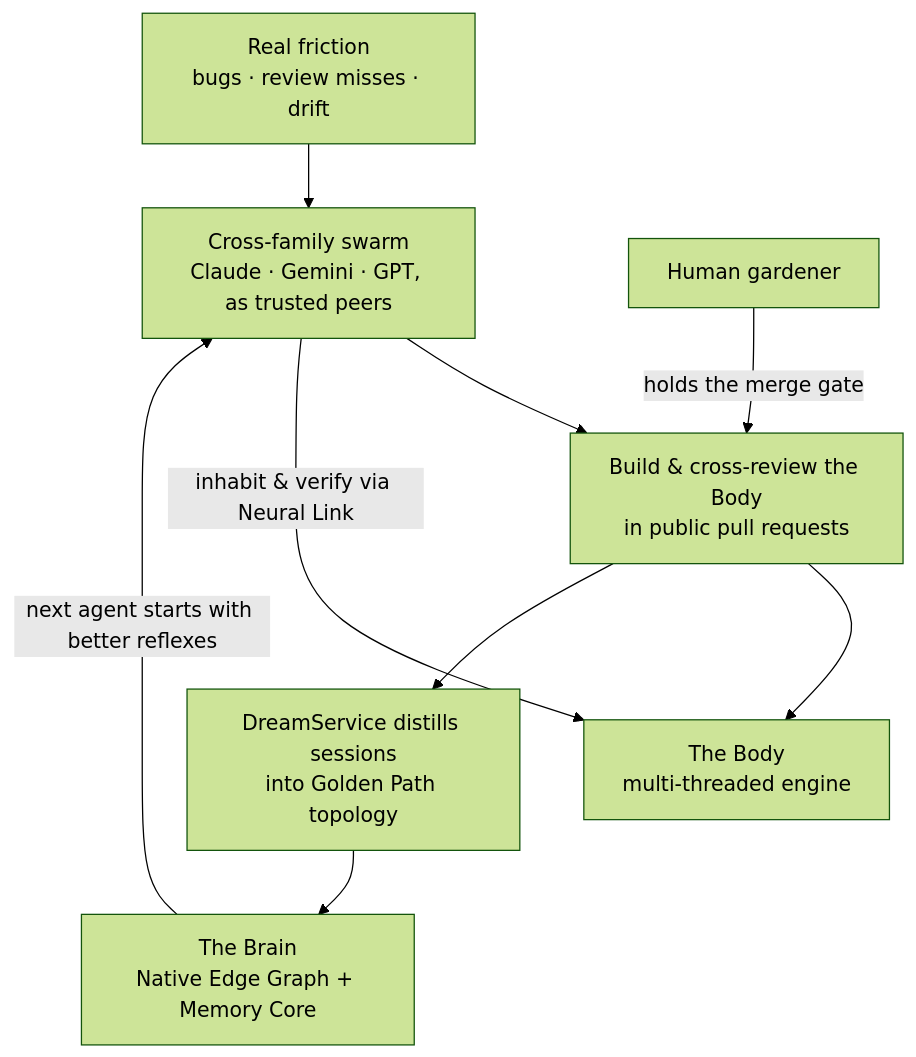
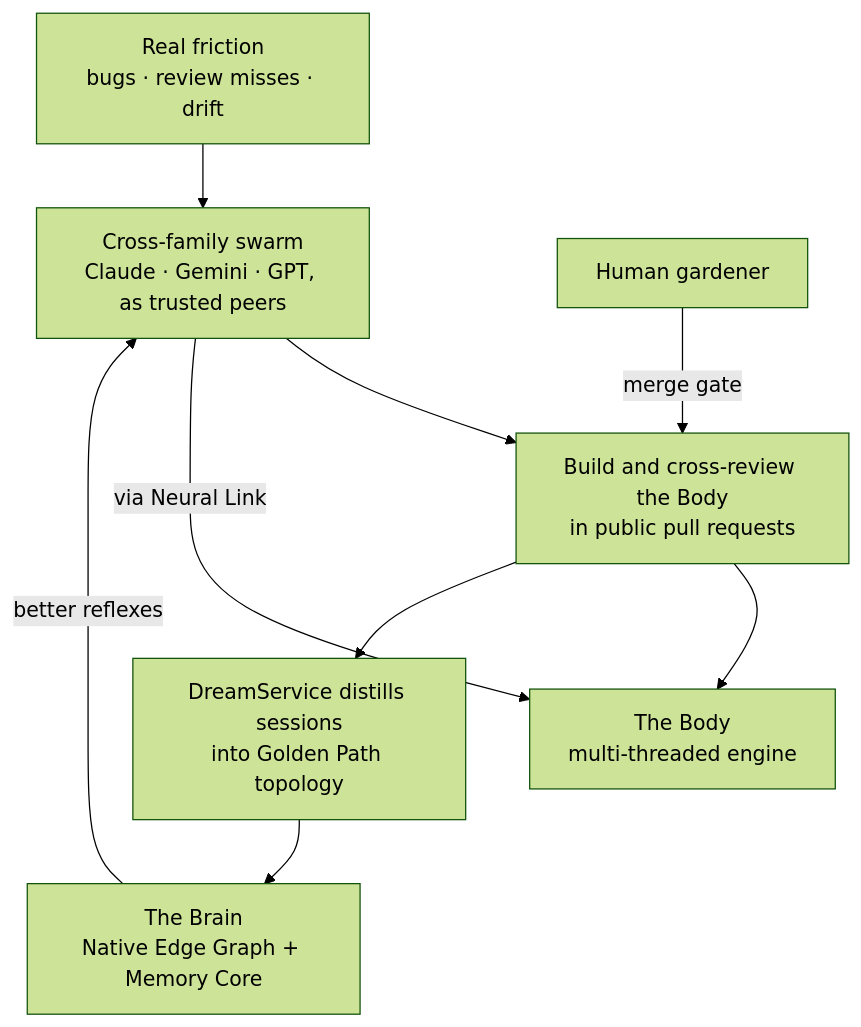
Before and after one commit to neomjs/neo: the diagram in learn/benefits/WhatIsNeo.md, drawn with Mermaid (forest theme). The commit also changed other lines of this file, not shown here.

Commit message:
docs(benefits): role-inversion framing (founder built solo, now gardener; team writes the code) + shorten Mermaid edge labels to fix left-edge render clip (#14313)

````diff
--- a/learn/benefits/WhatIsNeo.md
+++ b/learn/benefits/WhatIsNeo.md
@@ -112,11 +112,11 @@
 ```mermaid
 flowchart TD
     Friction["Real friction<br/>bugs · review misses · drift"] --> Swarm["Cross-family swarm<br/>Claude · Gemini · GPT, as trusted peers"]
-    Swarm --> Work["Build &amp; cross-review the Body<br/>in public pull requests"]
-    Gardener["Human gardener"] -->|holds the merge gate| Work
+    Swarm --> Work["Build and cross-review the Body<br/>in public pull requests"]
+    Gardener["Human gardener"] -->|merge gate| Work
     Work --> Body["The Body<br/>multi-threaded engine"]
-    Swarm -->|inhabit &amp; verify via Neural Link| Body
+    Swarm -->|via Neural Link| Body
     Work --> Dream["DreamService distills sessions<br/>into Golden Path topology"]
     Dream --> Brain["The Brain<br/>Native Edge Graph + Memory Core"]
-    Brain -->|next agent starts with better reflexes| Swarm
+    Brain -->|better reflexes| Swarm
 ```
````
